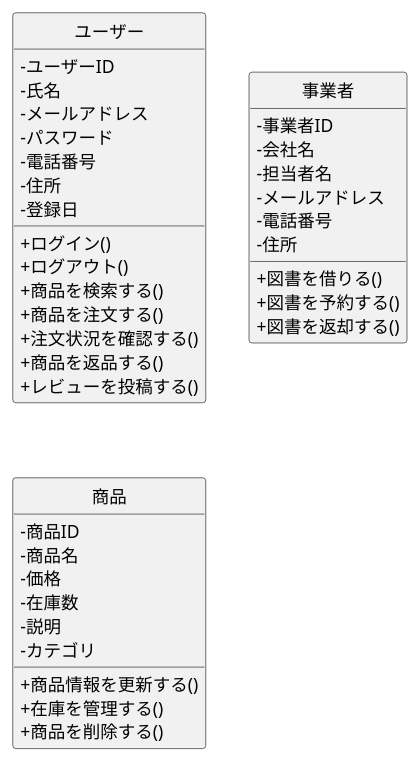
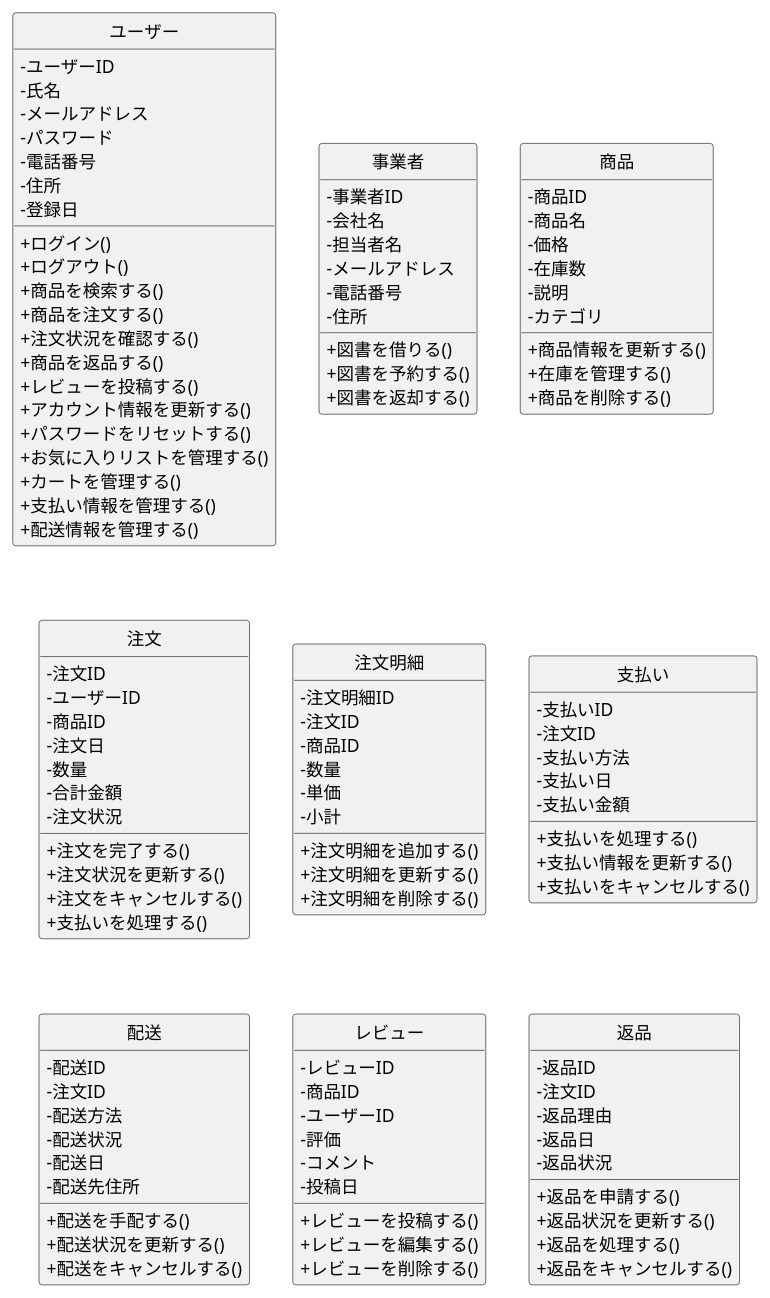
Before and after one commit to ogatasyuto/ohara_uml: the diagram in group/exam1-2_3_4/class.pu, drawn with PlantUML.

```diff
--- a/group/exam1-2_3_4/class.pu
+++ b/group/exam1-2_3_4/class.pu
@@ -1,48 +1,131 @@
 @startuml BBショップ注文管理システムクラス図
 skinparam classAttributeIconSize 0
 hide circle
 
 class ユーザー {
 - ユーザーID
 - 氏名
 - メールアドレス
 - パスワード
 - 電話番号
 - 住所
-- 登録日   
+- 登録日
+
 + ログイン()
 + ログアウト()
 + 商品を検索する()
 + 商品を注文する()
 + 注文状況を確認する()
 + 商品を返品する()
 + レビューを投稿する()
++ アカウント情報を更新する()
++ パスワードをリセットする()
++ お気に入りリストを管理する()
++ カートを管理する()
++ 支払い情報を管理する()
++ 配送情報を管理する()
 }
 
 class 事業者 {
 - 事業者ID
 - 会社名
 - 担当者名
 - メールアドレス
 - 電話番号
 - 住所
 
 
 + 図書を借りる()
 + 図書を予約する()
 + 図書を返却する()
 }
 
 class 商品 {
 - 商品ID
 - 商品名
 - 価格
 - 在庫数
 - 説明
 - カテゴリ
 + 商品情報を更新する()
 + 在庫を管理する()
 + 商品を削除する()
 }
 
+class 注文 {
+- 注文ID
+- ユーザーID
+- 商品ID
+- 注文日
+- 数量
+- 合計金額
+- 注文状況
+
++ 注文を完了する()
++ 注文状況を更新する()
++ 注文をキャンセルする()
++ 支払いを処理する()
+}
+
+class 注文明細 {
+- 注文明細ID
+- 注文ID
+- 商品ID
+- 数量
+- 単価
+- 小計
+
++ 注文明細を追加する()
++ 注文明細を更新する()
++ 注文明細を削除する()
+}
+
+class 支払い {
+- 支払いID
+- 注文ID
+- 支払い方法
+- 支払い日
+- 支払い金額
++ 支払いを処理する()
++ 支払い情報を更新する()
++ 支払いをキャンセルする()
+}
+
+class 配送 {
+- 配送ID
+- 注文ID
+- 配送方法
+- 配送状況
+- 配送日
+- 配送先住所
+
++ 配送を手配する()
++ 配送状況を更新する()
++ 配送をキャンセルする()
+}
+class レビュー {
+- レビューID
+- 商品ID
+- ユーザーID
+- 評価
+- コメント
+- 投稿日
++ レビューを投稿する()
++ レビューを編集する()
++ レビューを削除する()
+}
+
+class 返品 {
+- 返品ID
+- 注文ID
+- 返品理由
+- 返品日
+- 返品状況
+
++ 返品を申請する()
++ 返品状況を更新する()
++ 返品を処理する()
++ 返品をキャンセルする()
+}
+
 @enduml
```
